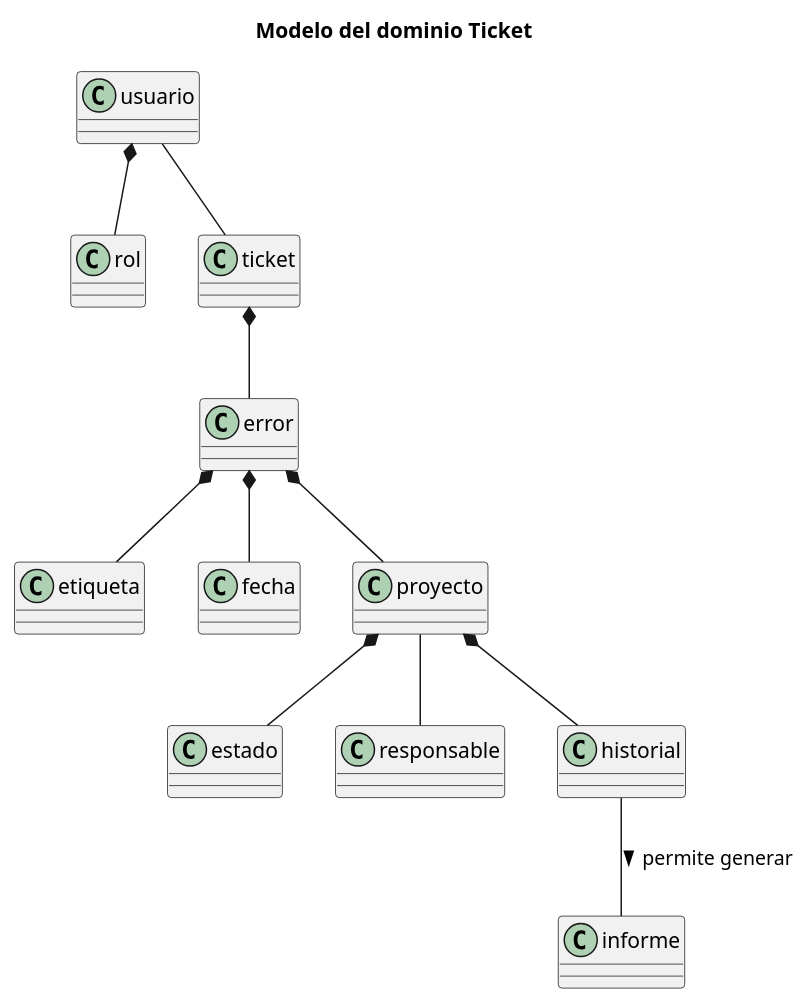
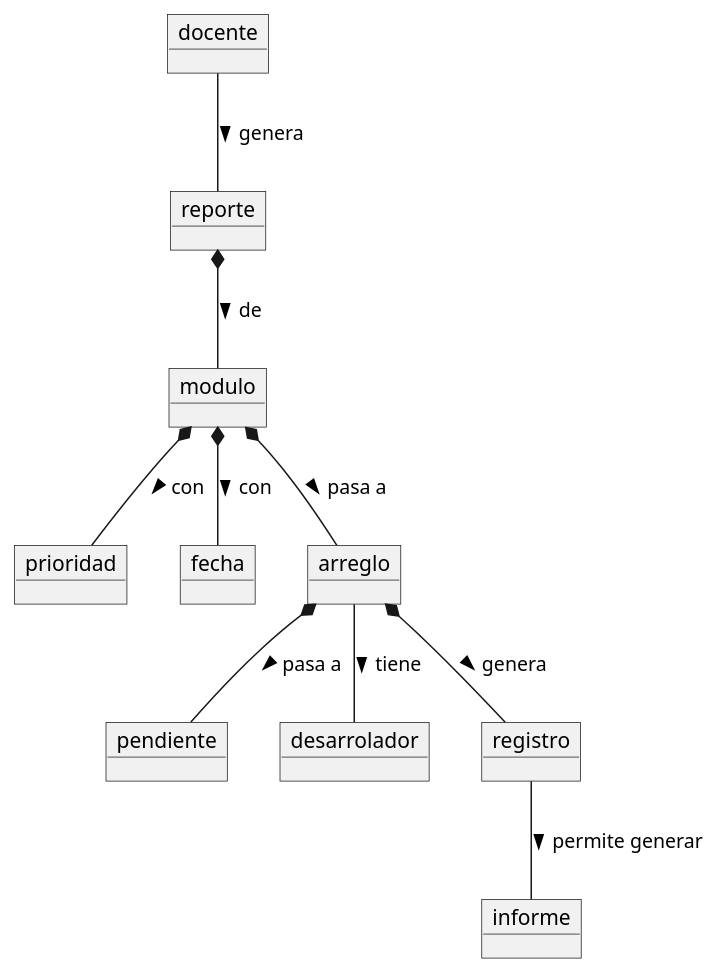
One commit to mmasias/23-24-IdSw1-SDR changed the diagram in modelosUML/ModeloDelDominioTicket.puml. Above: the diagram before and after it, drawn with PlantUML. The commit also changed 1 other file, not shown here.

```diff
--- a/modelosUML/ModeloDelDominioTicket.puml
+++ b/modelosUML/ModeloDelDominioTicket.puml
@@ -2,32 +2,25 @@
-@startuml Modelo del dominio Ticket
-'https://plantuml.com/sequence-diagram
-title Modelo del dominio Ticket
+@startuml
+object "docente" as usuario
+object "reporte" as ticket
+object "modulo" as error
+object "prioridad" as etiqueta
+object "fecha" as fecha
+object "arreglo" as proyecto
+object "pendiente" as estado
+object "desarrolador" as responsable
+object "registro" as historial
+object "informe" as informe
 
-
-
-class error 
-class estado
-class etiqueta
-class fecha
-class responsable
-class rol 
-class informe 
-class historial
-class proyecto 
-
-
-usuario -- ticket
-ticket *-- error
-usuario *-- rol
-error *-- etiqueta
-error *-- proyecto
-proyecto *-- estado
-proyecto -- responsable
-error *-- fecha
-proyecto *-- historial
+usuario -- ticket: > genera
+ticket *-- error: > de
+error *-- etiqueta: > con
+error *-- fecha: > con
+error *-- proyecto: > pasa a
+proyecto *-- estado: > pasa a
+proyecto -- responsable: > tiene
+proyecto *-- historial: > genera
 
 historial -d- informe : > permite generar
 
 
-
 @enduml
```
